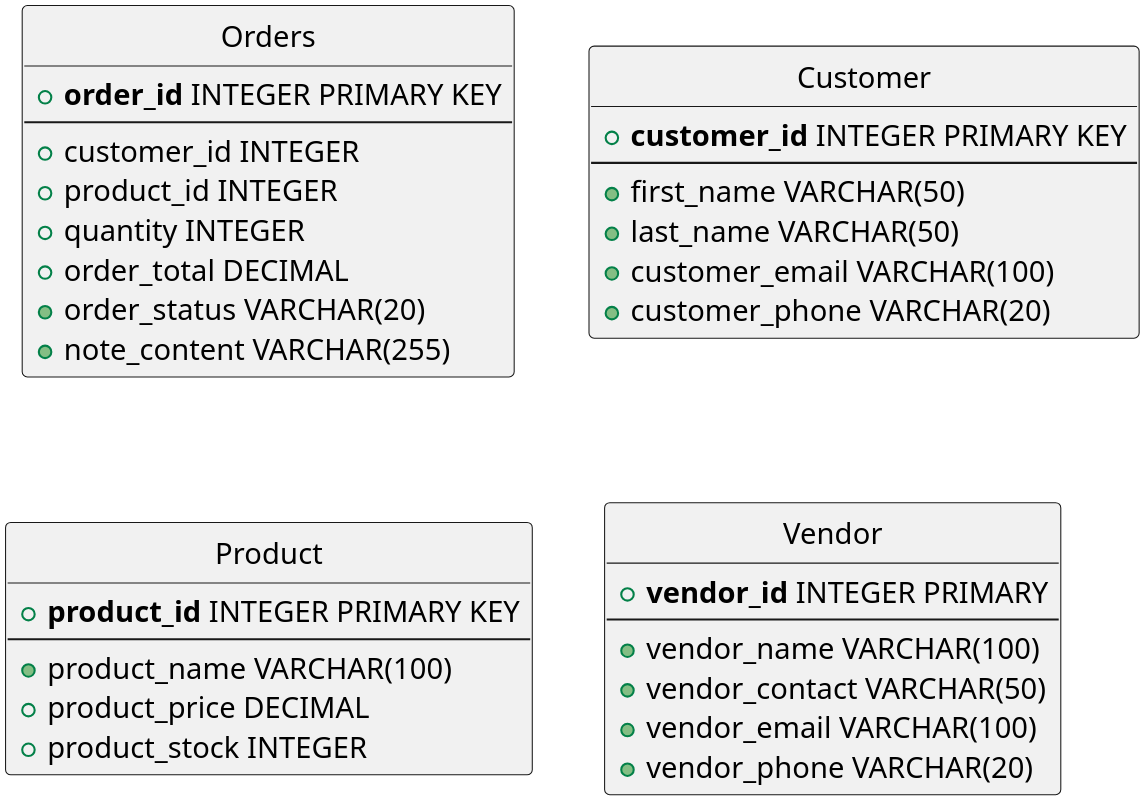
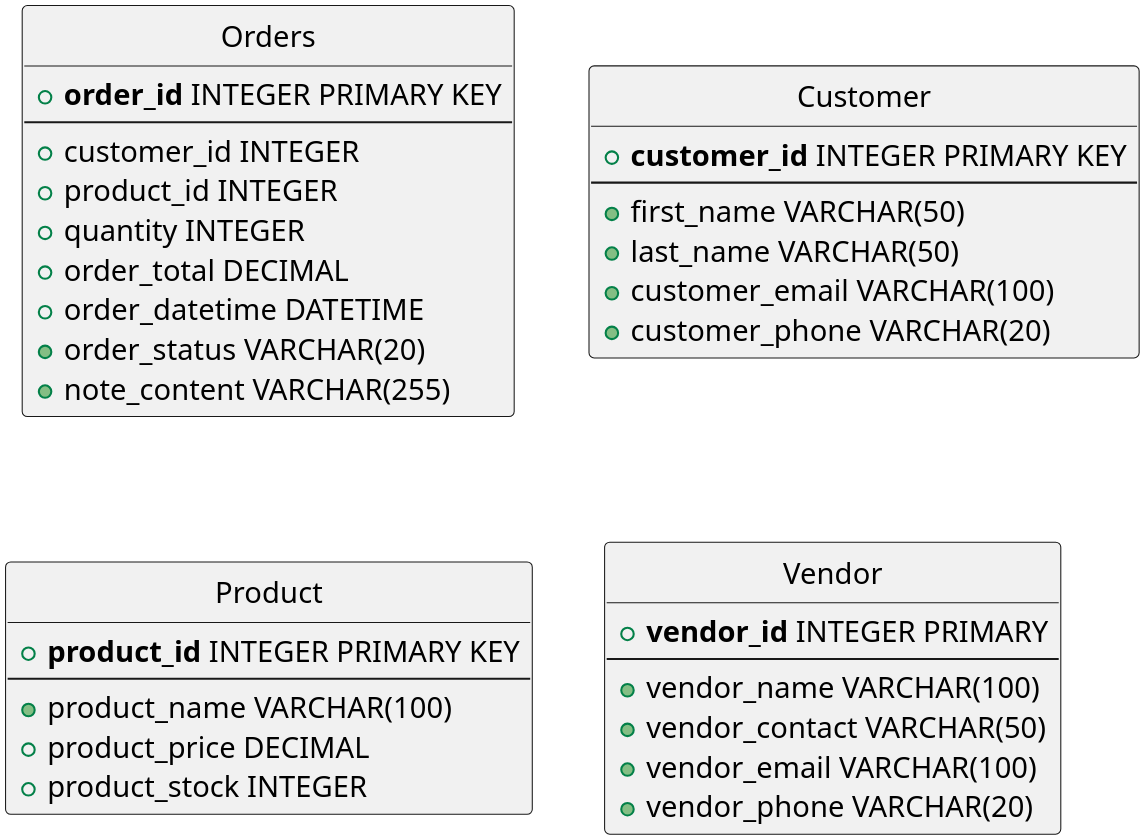
The diagram in c3123/project/1nf.pu (Alomory/educational), drawn with PlantUML before and after one commit. The commit also changed 11 other files, not shown here.

```diff
--- a/c3123/project/1nf.pu
+++ b/c3123/project/1nf.pu
@@ -1,44 +1,45 @@
 @startuml
 
 scale 5
 
 hide circle
 
 entity Orders {
     +**order_id** INTEGER PRIMARY KEY
     ---
     +customer_id INTEGER
     +product_id INTEGER
     +quantity INTEGER
     +order_total DECIMAL
+    +order_datetime DATETIME
     +order_status VARCHAR(20)
     +note_content VARCHAR(255)
 }
 
 entity Customer {
     +**customer_id** INTEGER PRIMARY KEY
     ---
     +first_name VARCHAR(50)
     +last_name VARCHAR(50)
     +customer_email VARCHAR(100)
     +customer_phone VARCHAR(20)
 }
 
 entity Product {
     +**product_id** INTEGER PRIMARY KEY
     ---
     +product_name VARCHAR(100)
     +product_price DECIMAL
     +product_stock INTEGER
 }
 
 entity Vendor {
     +**vendor_id** INTEGER PRIMARY 
     ---
     +vendor_name VARCHAR(100)
     +vendor_contact VARCHAR(50)
     +vendor_email VARCHAR(100)
     +vendor_phone VARCHAR(20)
 }
 
 @enduml
```
